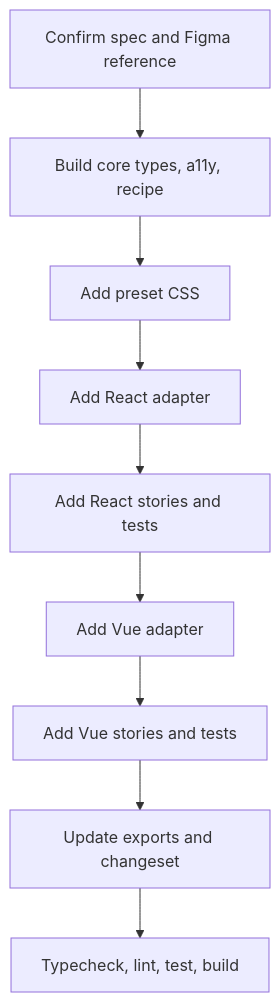
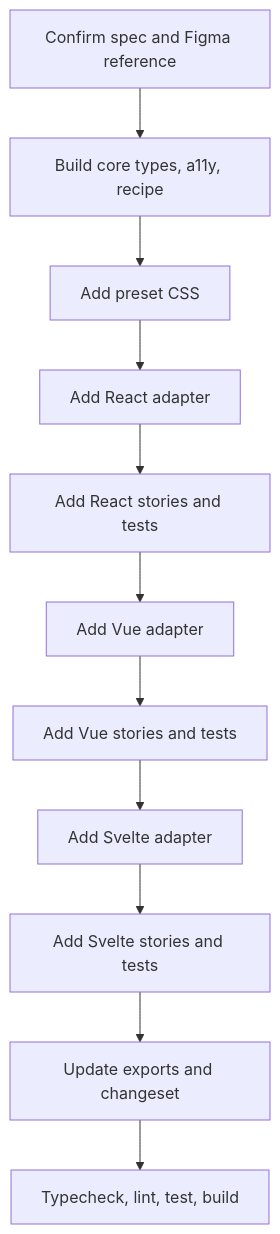
One commit to niklas-westman/marwes changed the diagram in docs/guides/adding-components.md. Above: the diagram before and after it, drawn with Mermaid. The commit also changed other lines of this file and 947 other files, not shown here.

````diff
--- a/docs/guides/adding-components.md
+++ b/docs/guides/adding-components.md
@@ -15,11 +15,13 @@
 ```mermaid
 flowchart TD
   Spec[Confirm spec and Figma reference] --> Core[Build core types, a11y, recipe]
   Core --> Presets[Add preset CSS]
   Presets --> React[Add React adapter]
   React --> ReactStories[Add React stories and tests]
   ReactStories --> Vue[Add Vue adapter]
   Vue --> VueStories[Add Vue stories and tests]
-  VueStories --> Exports[Update exports and changeset]
+  VueStories --> Svelte[Add Svelte adapter]
+  Svelte --> SvelteStories[Add Svelte stories and tests]
+  SvelteStories --> Exports[Update exports and changeset]
   Exports --> Verify[Typecheck, lint, test, build]
 ```
````
